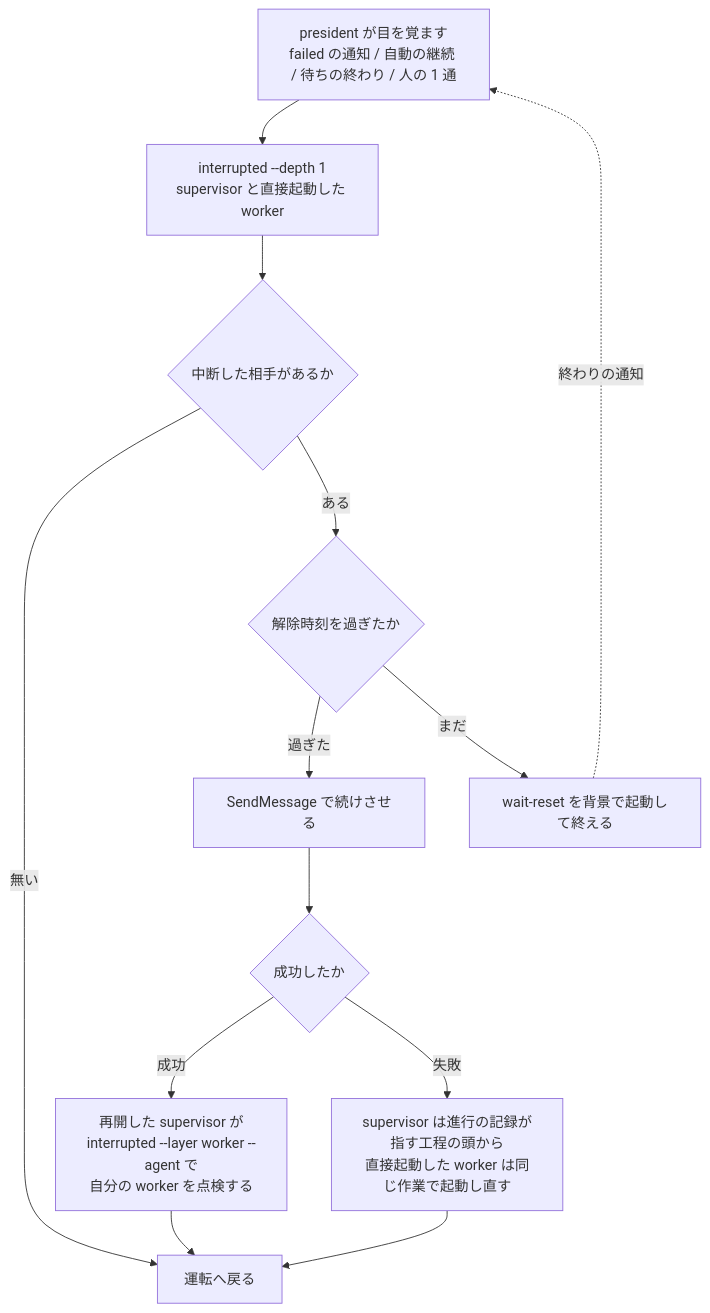
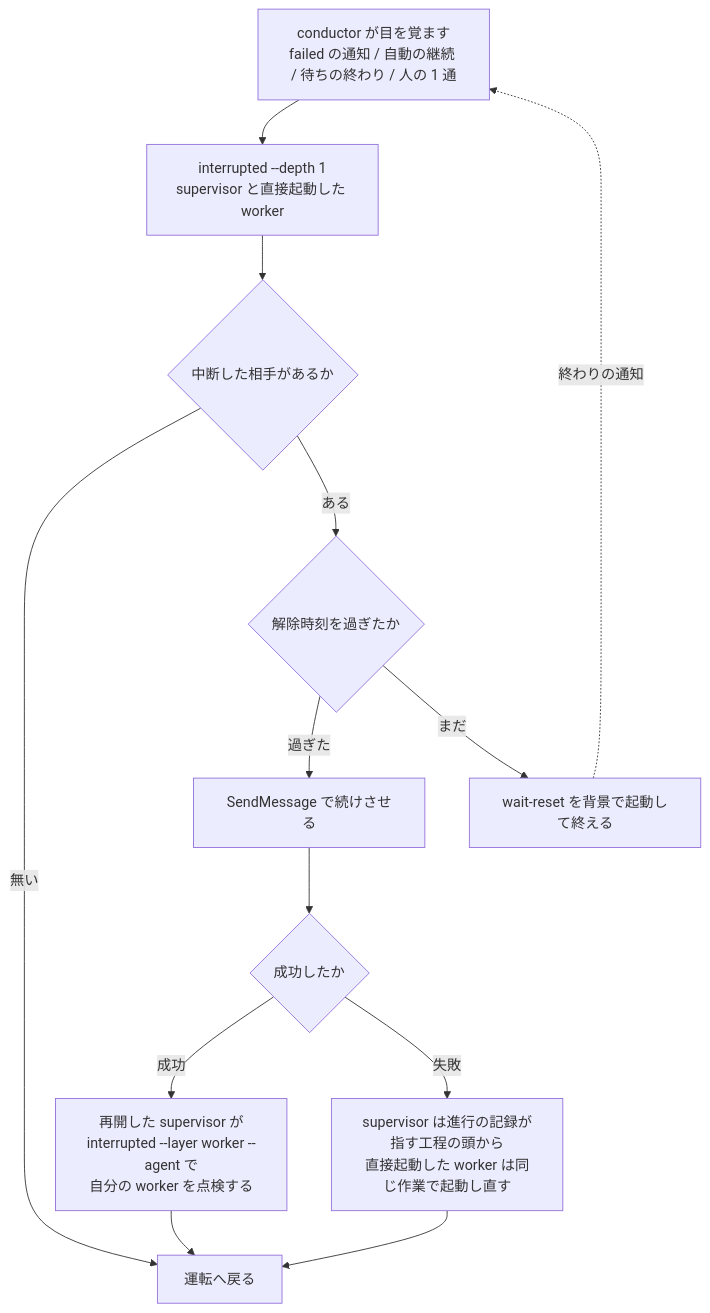
The sixth of 6 diagrams in issues/issue-550-657-design.md (devbasex/ai-plugins), drawn with Mermaid before and after one commit. The commit also changed other lines of this file and 2 other files, not shown here.

First line of the commit message:
Docs: 最上位の層の名前を president から conductor にする（#550 #657）

````diff
--- a/issues/issue-550-657-design.md
+++ b/issues/issue-550-657-design.md
@@ -424,15 +424,15 @@
 ```mermaid
 flowchart TD
-    A[president が目を覚ます<br/>failed の通知 / 自動の継続 / 待ちの終わり / 人の 1 通] --> B[interrupted --depth 1<br/>supervisor と直接起動した worker]
+    A[conductor が目を覚ます<br/>failed の通知 / 自動の継続 / 待ちの終わり / 人の 1 通] --> B[interrupted --depth 1<br/>supervisor と直接起動した worker]
     B --> C{中断した相手があるか}
     C -->|無い| Z[運転へ戻る]
     C -->|ある| D{解除時刻を過ぎたか}
     D -->|過ぎた| E[SendMessage で続けさせる]
     D -->|まだ| F[wait-reset を背景で起動して終える]
     E --> G{成功したか}
     G -->|成功| H[再開した supervisor が<br/>interrupted --layer worker --agent で<br/>自分の worker を点検する]
     G -->|失敗| I[supervisor は進行の記録が指す工程の頭から<br/>直接起動した worker は同じ作業で起動し直す]
     H --> Z
     I --> Z
     F -.終わりの通知.-> A
 ```
````
